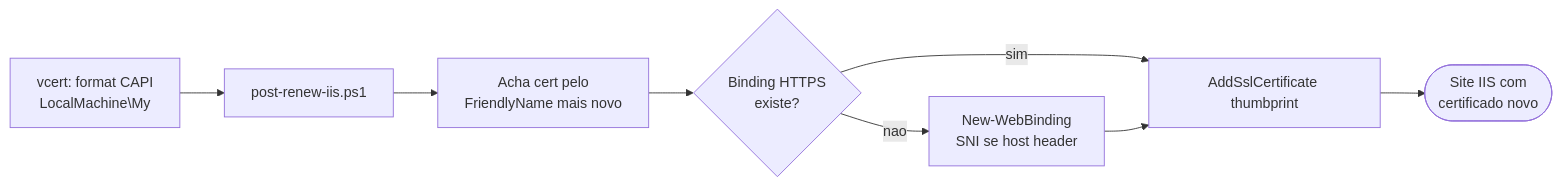
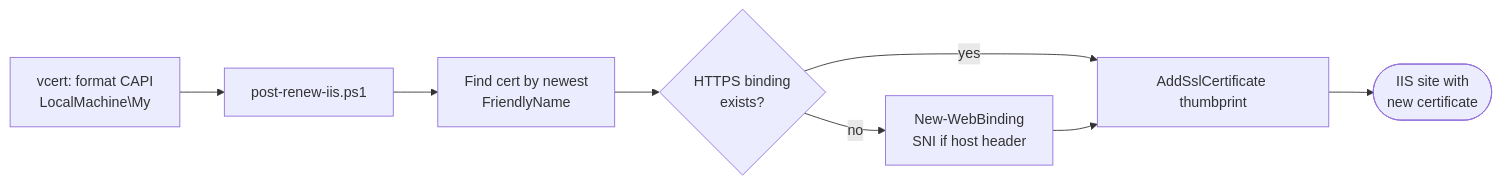
One commit to aslancarlos/vcert-examples changed the sixth of 10 diagrams in docs/architecture.md. Above: the diagram before and after it, drawn with Mermaid. The commit also changed other lines of this file and 35 other files, not shown here.

````diff
--- a/docs/architecture.md
+++ b/docs/architecture.md
@@ -79,10 +79,10 @@
 ```mermaid
 flowchart LR
     V[vcert: format CAPI<br/>LocalMachine\My] --> P[post-renew-iis.ps1]
-    P --> T[Acha cert pelo<br/>FriendlyName mais novo]
-    T --> B{Binding HTTPS<br/>existe?}
-    B -- nao --> N[New-WebBinding<br/>SNI se host header]
-    B -- sim --> A[AddSslCertificate thumbprint]
+    P --> T[Find cert by newest<br/>FriendlyName]
+    T --> B{HTTPS binding<br/>exists?}
+    B -- no --> N[New-WebBinding<br/>SNI if host header]
+    B -- yes --> A[AddSslCertificate thumbprint]
     N --> A
-    A --> OK([Site IIS com<br/>certificado novo])
+    A --> OK([IIS site with<br/>new certificate])
 ```
````
